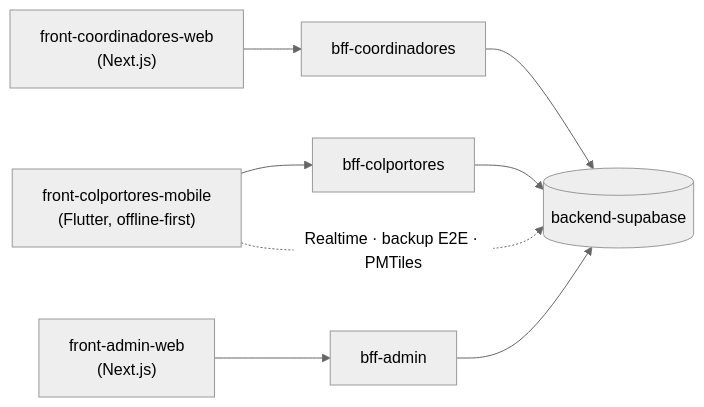
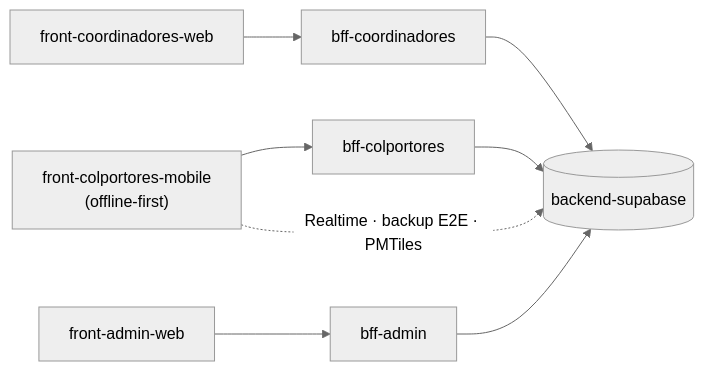
One commit to Colportores/.github changed the diagram in profile/README.md. Above: the diagram before and after it, drawn with Mermaid (neutral theme). The commit also changed other lines of this file, not shown here.

````diff
--- a/profile/README.md
+++ b/profile/README.md
@@ -24,10 +54,10 @@
 ```mermaid
 flowchart LR
-  M["front-colportores-mobile<br/>(Flutter, offline-first)"] --> BM[bff-colportores]
-  C["front-coordinadores-web<br/>(Next.js)"] --> BC[bff-coordinadores]
-  A["front-admin-web<br/>(Next.js)"] --> BA[bff-admin]
+  M["front-colportores-mobile<br/>(offline-first)"] --> BM[bff-colportores]
+  C["front-coordinadores-web"] --> BC[bff-coordinadores]
+  A["front-admin-web"] --> BA[bff-admin]
   BM --> S[(backend-supabase)]
   BC --> S
   BA --> S
   M -. "Realtime · backup E2E · PMTiles" .-> S
 ```
````
